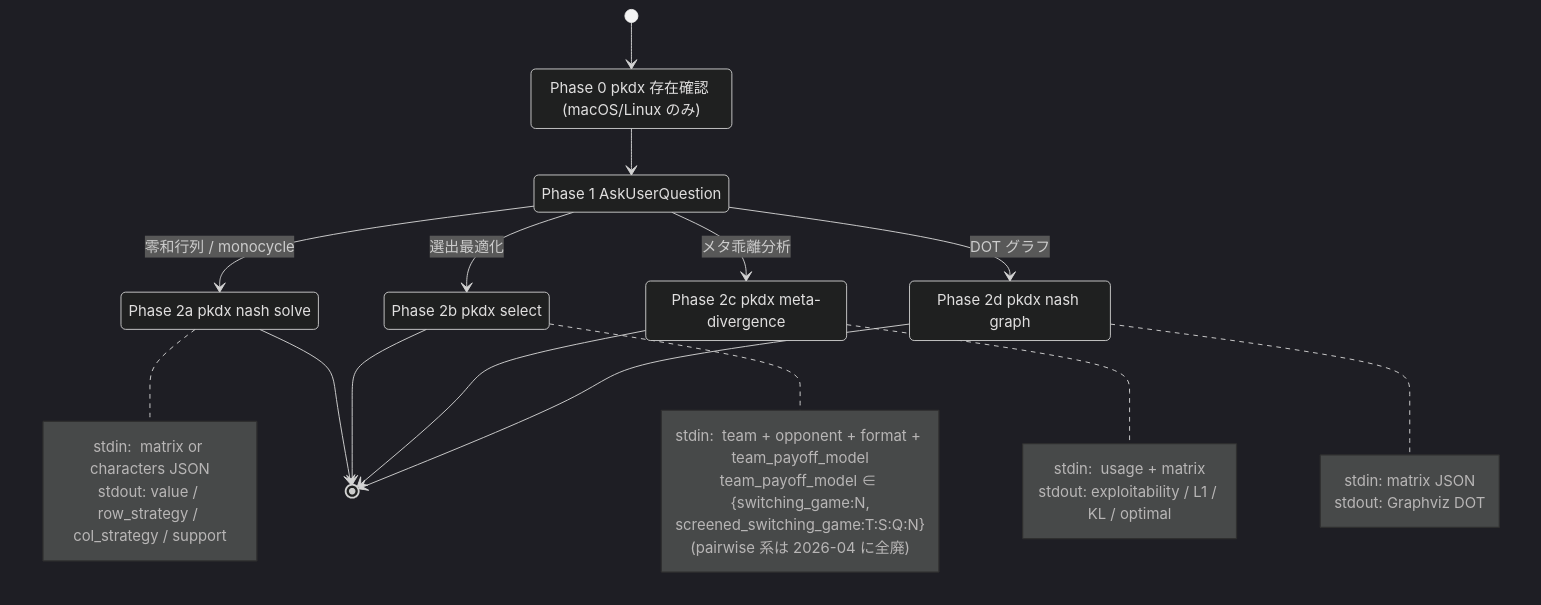
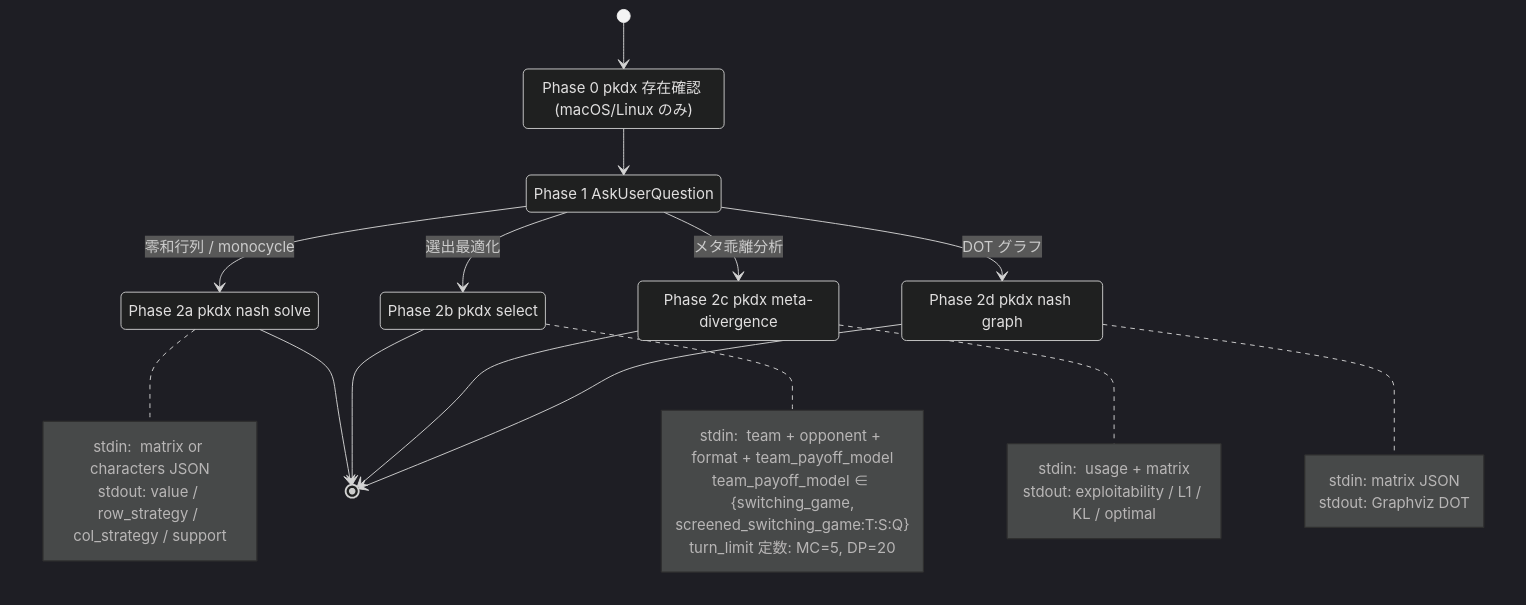
The fourth of 9 diagrams in .claude/architecture.md (pkdxtools/pkdx), drawn with Mermaid (dark theme) before and after one commit. The commit also changed other lines of this file and 16 other files, not shown here.

First line of the commit message:
fix(payoff): hardcode turn_limit constants (MC=5, DP=20) and simplify CLI strings

````diff
--- a/.claude/architecture.md
+++ b/.claude/architecture.md
@@ -175,42 +175,42 @@
 ```mermaid
 stateDiagram-v2
   [*] --> N0
   N0: Phase 0 pkdx 存在確認 (macOS/Linux のみ)
   N0 --> N1
 
   N1: Phase 1 AskUserQuestion
   N1 --> NS: 零和行列 / monocycle
   N1 --> SEL: 選出最適化
   N1 --> MD: メタ乖離分析
   N1 --> GR: DOT グラフ
 
   NS: Phase 2a pkdx nash solve
   note right of NS
     stdin:  matrix or characters JSON
     stdout: value / row_strategy / col_strategy / support
   end note
   NS --> [*]
 
   SEL: Phase 2b pkdx select
   note right of SEL
     stdin:  team + opponent + format + team_payoff_model
-    team_payoff_model ∈ {switching_game:N,
-      screened_switching_game:T:S:Q:N}
-    (pairwise 系は 2026-04 に全廃)
+    team_payoff_model ∈ {switching_game,
+      screened_switching_game:T:S:Q}
+    turn_limit 定数: MC=5, DP=20
   end note
   SEL --> [*]
 
   MD: Phase 2c pkdx meta-divergence
   note right of MD
     stdin:  usage + matrix
     stdout: exploitability / L1 / KL / optimal
   end note
   MD --> [*]
 
   GR: Phase 2d pkdx nash graph
   note right of GR
     stdin:  matrix JSON
     stdout: Graphviz DOT
   end note
   GR --> [*]
 ```
````
